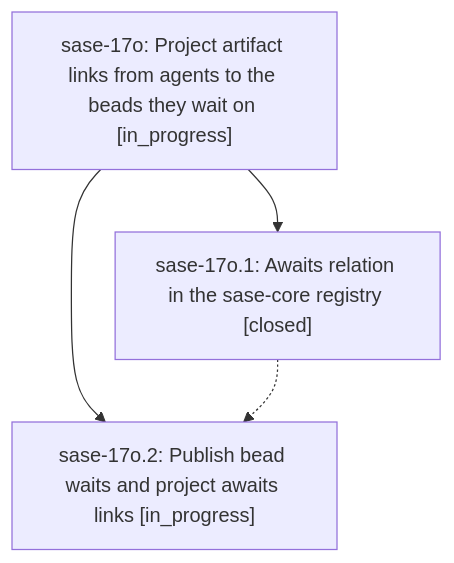
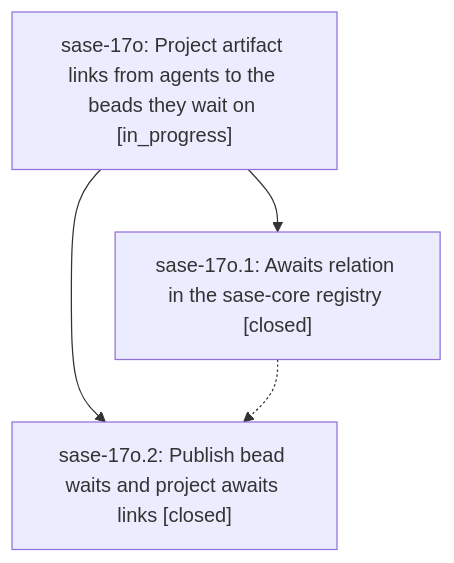
The diagram in pages/sase-17o/README.md (sase-org/sase--beads), drawn with Mermaid before and after one commit. The commit also changed other lines of this file and 2 other files, not shown here.

First line of the commit message:
chore(beads): sync bead state and pages for sase-17o

````diff
--- a/pages/sase-17o/README.md
+++ b/pages/sase-17o/README.md
@@ -23,9 +23,9 @@
 ```mermaid
 flowchart TD
     n0["sase-17o: Project artifact links from agents to the beads they wait on [in_progress]"]
     n1["sase-17o.1: Awaits relation in the sase-core registry [closed]"]
-    n2["sase-17o.2: Publish bead waits and project awaits links [in_progress]"]
+    n2["sase-17o.2: Publish bead waits and project awaits links [closed]"]
     n0 --> n1
     n0 --> n2
     n1 -.-> n2
 ```
````
